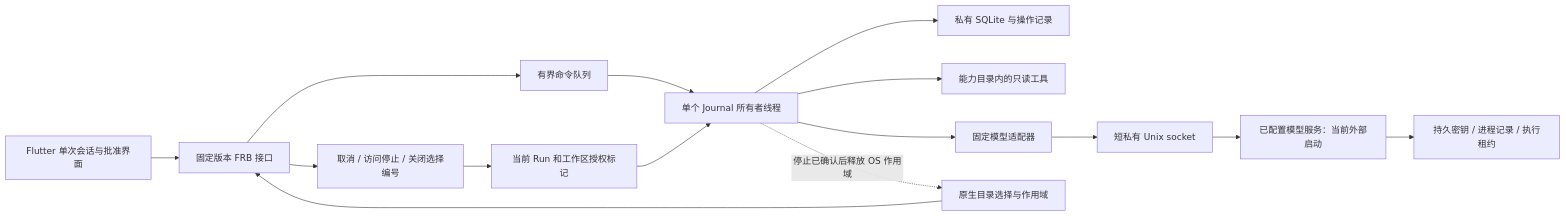
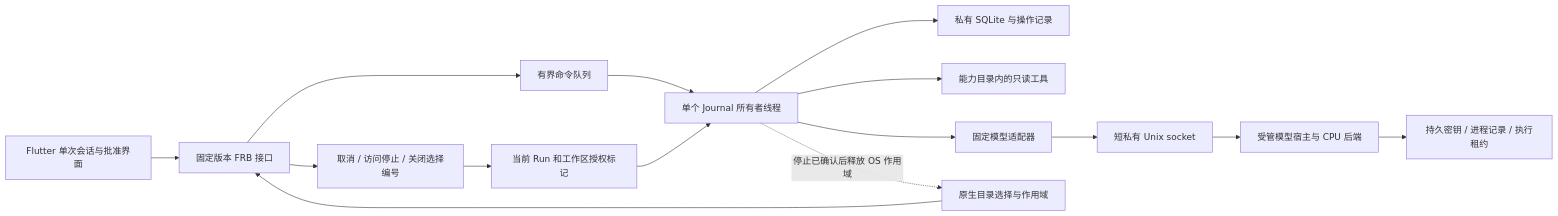
The diagram in docs/local-agent-api.md (orange-agent-team/orange-agent-desktop), drawn with Mermaid before and after one commit. The commit also changed other lines of this file and 39 other files, not shown here.

````diff
--- a/docs/local-agent-api.md
+++ b/docs/local-agent-api.md
@@ -7,17 +7,17 @@
 ```mermaid
 flowchart LR
   UI[Flutter 单次会话与批准界面] --> API[固定版本 FRB 接口]
   OS[原生目录选择与作用域] --> API
   API --> Queue[有界命令队列]
   API --> Signal[取消 / 访问停止 / 关闭选择编号]
   Queue --> Owner[单个 Journal 所有者线程]
   Signal --> Grant[当前 Run 和工作区授权标记]
   Grant --> Owner
   Owner --> DB[私有 SQLite 与操作记录]
   Owner --> Files[能力目录内的只读工具]
   Owner --> Gateway[固定模型适配器]
   Gateway --> Socket[短私有 Unix socket]
-  Socket --> Model[已配置模型服务：当前外部启动]
+  Socket --> Model[受管模型宿主与 CPU 后端]
   Model --> State[持久密钥 / 进程记录 / 执行租约]
   Owner -. 停止已确认后释放 OS 作用域 .-> OS
 ```
````
